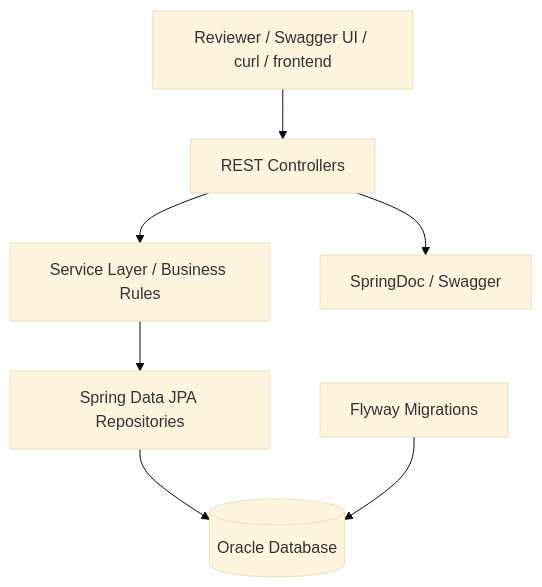
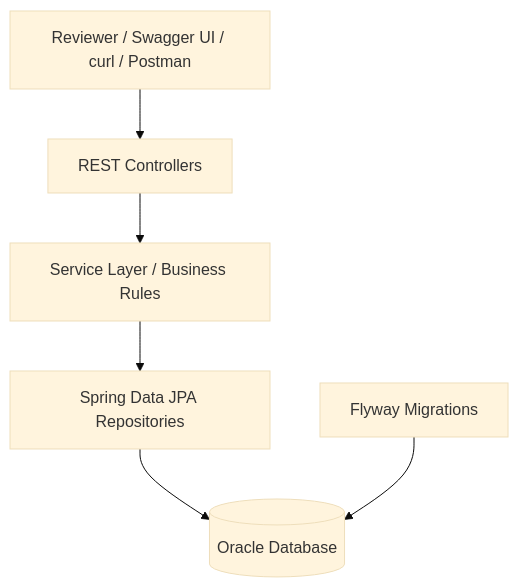
Before and after one commit to Punschkrapferl/oracle-procurement-demo: the first of 2 diagrams in README.md, drawn with Mermaid (base theme). The commit also changed other lines of this file, not shown here.

````diff
--- a/README.md
+++ b/README.md
@@ -3,17 +72,15 @@
 ```mermaid
 flowchart TD
-    Client[Reviewer / Swagger UI / curl / frontend]
+    Client[Reviewer / Swagger UI / curl / Postman]
     Controller[REST Controllers]
     Service[Service Layer / Business Rules]
     Repository[Spring Data JPA Repositories]
+    Flyway[Flyway Migrations]
     DB[(Oracle Database)]
-    Flyway[Flyway Migrations]
-    OpenAPI[SpringDoc / Swagger]
 
     Client --> Controller
     Controller --> Service
     Service --> Repository
     Repository --> DB
     Flyway --> DB
-    Controller --> OpenAPI
 ```
````
